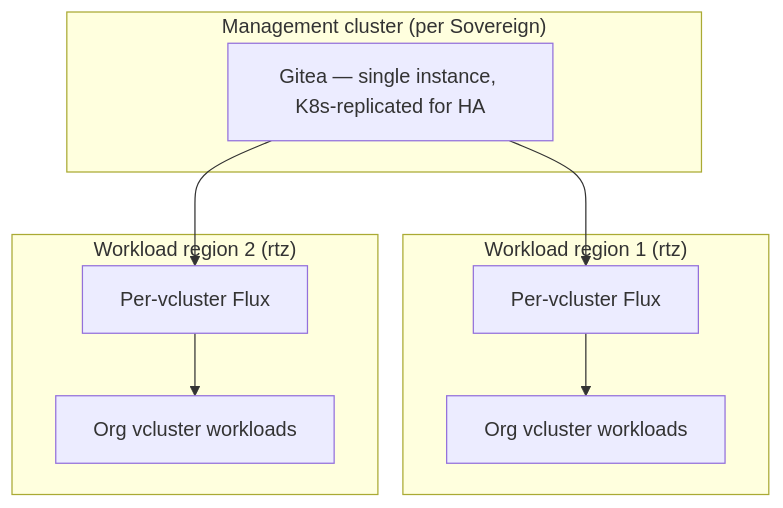
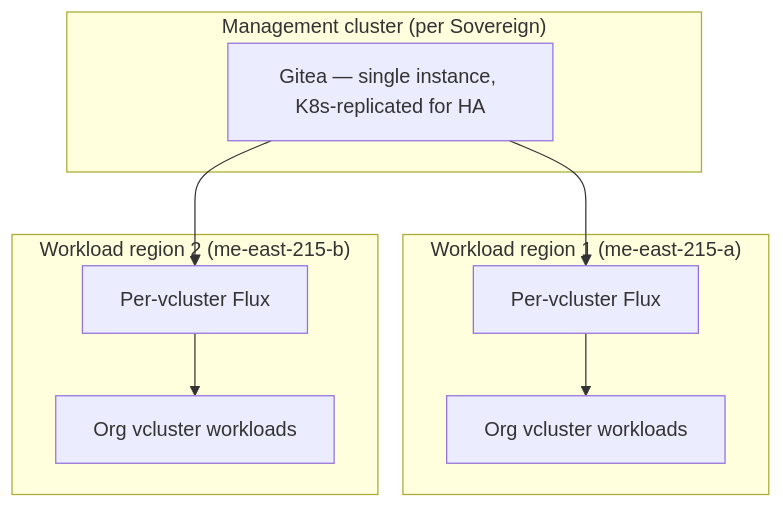
One commit to openova-io/openova changed the second of 2 diagrams in platform/flux/README.md. Above: the diagram before and after it, drawn with Mermaid. The commit also changed 101 other files, not shown here.

````diff
--- a/platform/flux/README.md
+++ b/platform/flux/README.md
@@ -171,21 +171,21 @@
 ```mermaid
 flowchart TB
     subgraph Mgt["Management cluster (per Sovereign)"]
         Gitea[Gitea — single instance, K8s-replicated for HA]
     end
 
-    subgraph Region1["Workload region 1 (rtz)"]
+    subgraph Region1["Workload region 1 (me-east-215-a)"]
         Flux1[Per-vcluster Flux]
         K8s1[Org vcluster workloads]
     end
 
-    subgraph Region2["Workload region 2 (rtz)"]
+    subgraph Region2["Workload region 2 (me-east-215-b)"]
         Flux2[Per-vcluster Flux]
         K8s2[Org vcluster workloads]
     end
 
     Gitea --> Flux1
     Gitea --> Flux2
     Flux1 --> K8s1
     Flux2 --> K8s2
 ```
````
